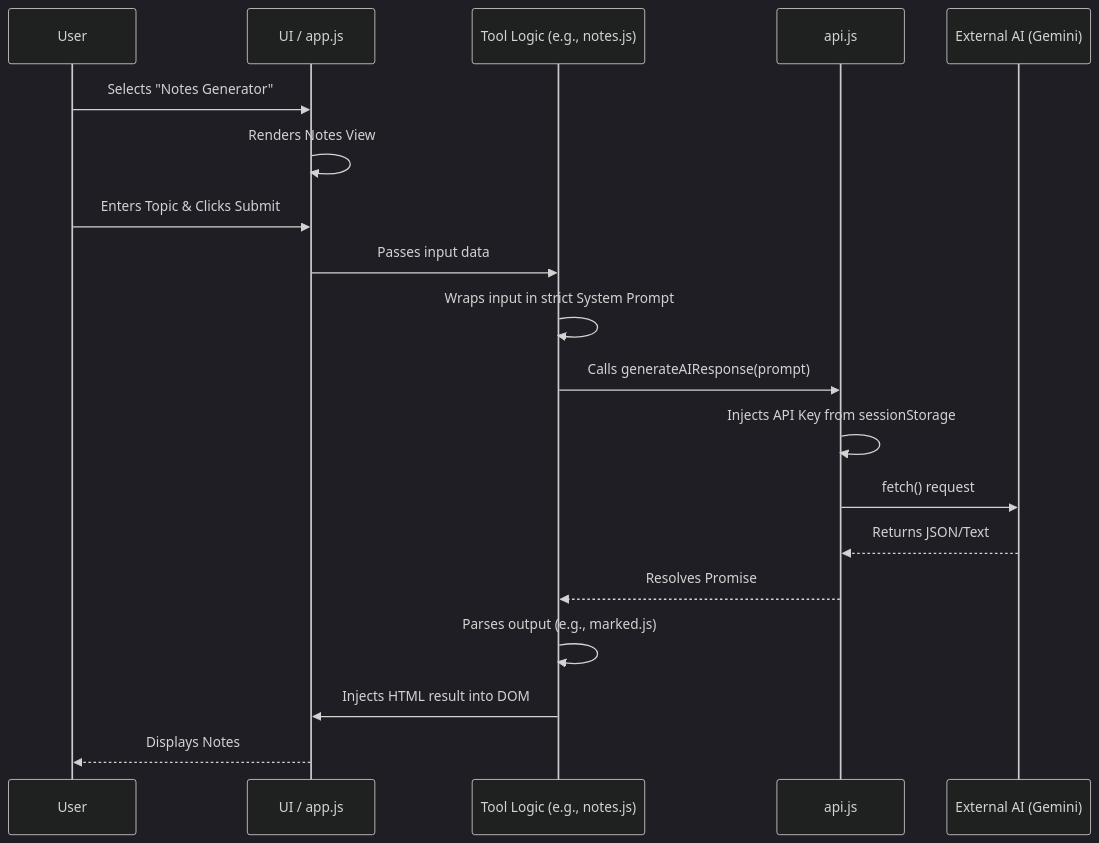
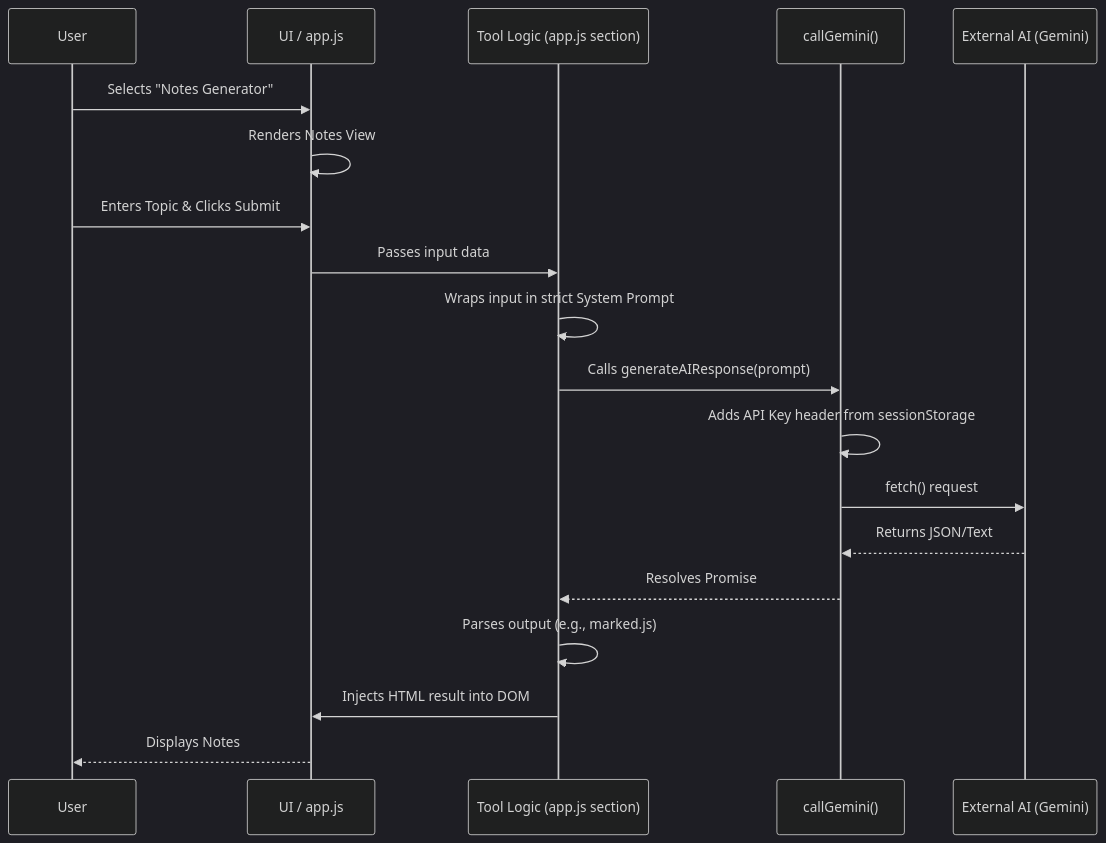
The diagram in architecture.md (anuragkumar1903/IPR-TASk), drawn with Mermaid (dark theme) before and after one commit. The commit also changed other lines of this file and 4 other files, not shown here.

````diff
--- a/architecture.md
+++ b/architecture.md
@@ -69,22 +62,22 @@
 ```mermaid
 sequenceDiagram
     participant User
     participant App as UI / app.js
-    participant Tool as Tool Logic (e.g., notes.js)
-    participant API as api.js
+    participant Tool as Tool Logic (app.js section)
+    participant API as callGemini()
     participant LLM as External AI (Gemini)
 
     User->>App: Selects "Notes Generator"
     App->>App: Renders Notes View
     User->>App: Enters Topic & Clicks Submit
     App->>Tool: Passes input data
     Tool->>Tool: Wraps input in strict System Prompt
     Tool->>API: Calls generateAIResponse(prompt)
-    API->>API: Injects API Key from sessionStorage
+    API->>API: Adds API Key header from sessionStorage
     API->>LLM: fetch() request
     LLM-->>API: Returns JSON/Text
     API-->>Tool: Resolves Promise
     Tool->>Tool: Parses output (e.g., marked.js)
     Tool->>App: Injects HTML result into DOM
     App-->>User: Displays Notes
 ```
````
